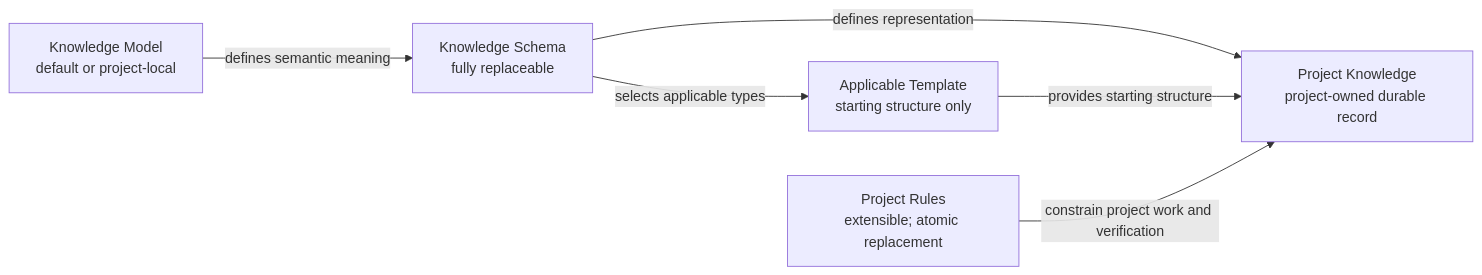
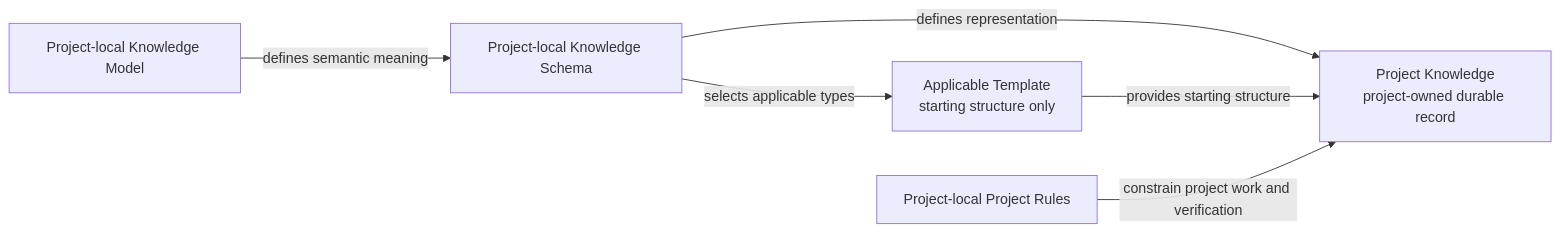
One commit to SuSuSleep/scaffold changed the second of 2 diagrams in knowledge/solution/knowledge-architecture.md. Above: the diagram before and after it, drawn with Mermaid. The commit also changed other lines of this file and 28 other files, not shown here.

Commit message:
Adopt project-local harness artifacts

````diff
--- a/knowledge/solution/knowledge-architecture.md
+++ b/knowledge/solution/knowledge-architecture.md
@@ -75,14 +75,14 @@
 ```mermaid
 flowchart LR
-  model["Knowledge Model<br/>default or project-local"]
-  schema["Knowledge Schema<br/>fully replaceable"]
+  model["Project-local Knowledge Model"]
+  schema["Project-local Knowledge Schema"]
   template["Applicable Template<br/>starting structure only"]
-  rules["Project Rules<br/>extensible; atomic replacement"]
+  rules["Project-local Project Rules"]
   knowledge["Project Knowledge<br/>project-owned durable record"]
 
   model -->|defines semantic meaning| schema
   schema -->|defines representation| knowledge
   schema -->|selects applicable types| template
   template -->|provides starting structure| knowledge
   rules -->|constrain project work and verification| knowledge
 ```
````
